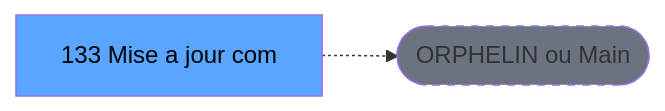
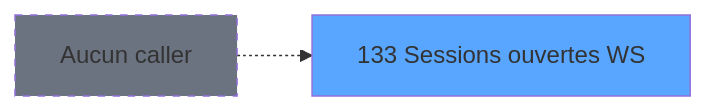
One commit to thonyAGP/magic-migration changed the second of 3 diagrams in .openspec/specs/ADH-IDE-133.md. Above: the diagram before and after it, drawn with Mermaid. The commit also changed other lines of this file and 311 other files, not shown here.

````diff
--- a/.openspec/specs/ADH-IDE-133.md
+++ b/.openspec/specs/ADH-IDE-133.md
@@ -126,8 +146,8 @@
 ```mermaid
 graph LR
-    T[133 Mise a jour com]
-    ORPHAN([ORPHELIN ou Main])
-    T -.-> ORPHAN
-    style T fill:#58a6ff,color:#000
-    style ORPHAN fill:#6b7280,stroke-dasharray: 5 5
+    T133[133 Sessions ouvertes WS]
+    style T133 fill:#58a6ff
+    NONE[Aucun caller]
+    NONE -.-> T133
+    style NONE fill:#6b7280,stroke-dasharray: 5 5
 ```
````
